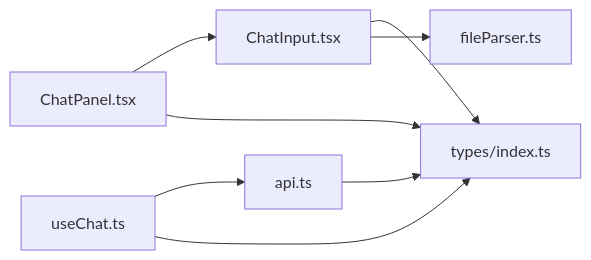
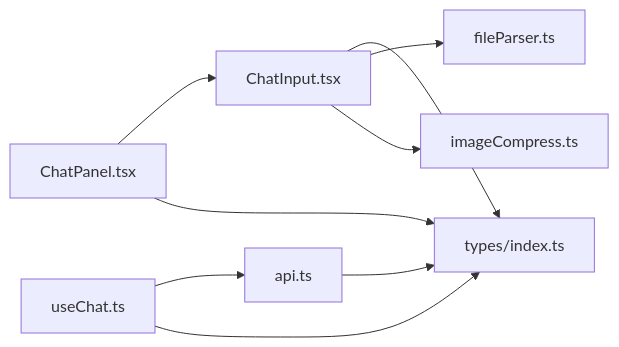
Before and after one commit to billye220670/AIShop: the fifth of 5 diagrams in .qoder/repowiki/zh/content/聊天模块/聊天输入组件.md, drawn with Mermaid. The commit also changed other lines of this file and 30 other files, not shown here.

Commit message:
docs: 同步 repowiki 知识库重组（图片压缩工具与消息渲染模块文档）

````diff
--- a/.qoder/repowiki/zh/content/聊天模块/聊天输入组件.md
+++ b/.qoder/repowiki/zh/content/聊天模块/聊天输入组件.md
@@ -238,10 +293,11 @@
 ```mermaid
 graph LR
 CI["ChatInput.tsx"] --> T["types/index.ts"]
 CI --> FP["fileParser.ts"]
+CI --> IC["imageCompress.ts"]
 CP["ChatPanel.tsx"] --> CI
 CP --> T
 UC["useChat.ts"] --> API["api.ts"]
 UC --> T
 API --> T
 ```
````
